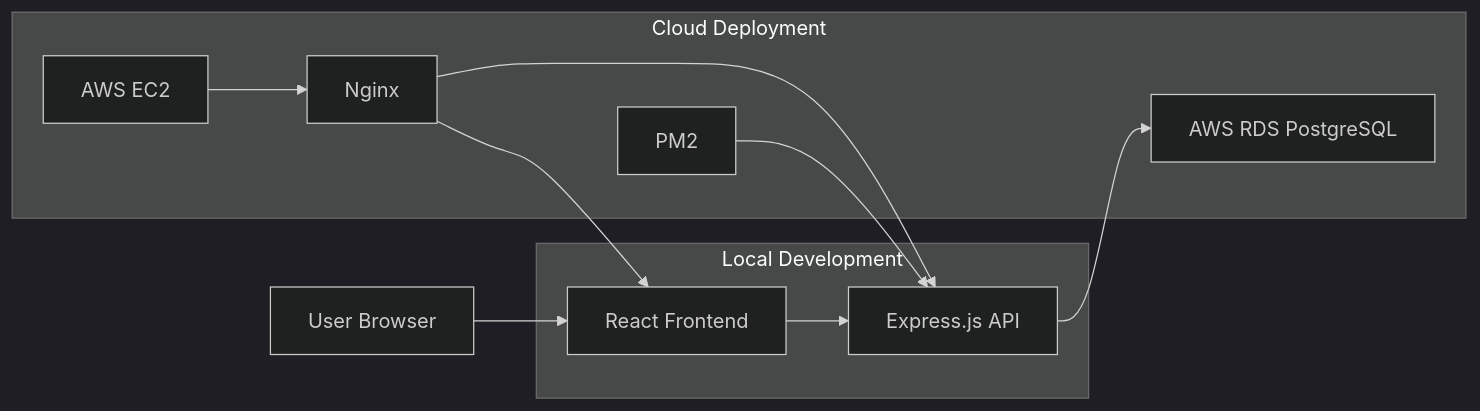
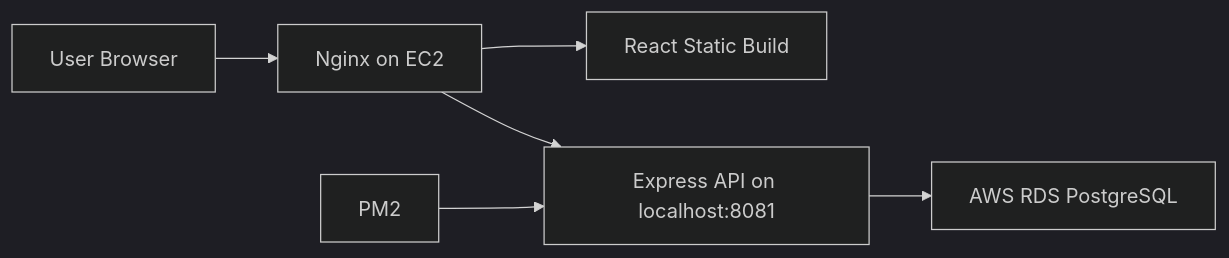
Before and after one commit to tongli-2026/bookscape: the diagram in README.md, drawn with Mermaid (dark theme). The commit also changed other lines of this file, not shown here.

````diff
--- a/README.md
+++ b/README.md
@@ -19,23 +24,8 @@
 ```mermaid
 flowchart LR
-  Browser["User Browser"] --> React["React Frontend"]
-  React --> API["Express.js API"]
+  Browser["User Browser"] --> Nginx["Nginx on EC2"]
+  Nginx --> React["React Static Build"]
+  Nginx --> API["Express API on localhost:8081"]
   API --> RDS["AWS RDS PostgreSQL"]
-
-  subgraph Local["Local Development"]
-    React
-    API
-  end
-
-  subgraph AWS["Cloud Deployment"]
-    EC2["AWS EC2"]
-    Nginx["Nginx"]
-    PM2["PM2"]
-    RDS
-  end
-
-  EC2 --> Nginx
-  Nginx --> React
-  Nginx --> API
-  PM2 --> API
+  PM2["PM2"] --> API
 ```
````
